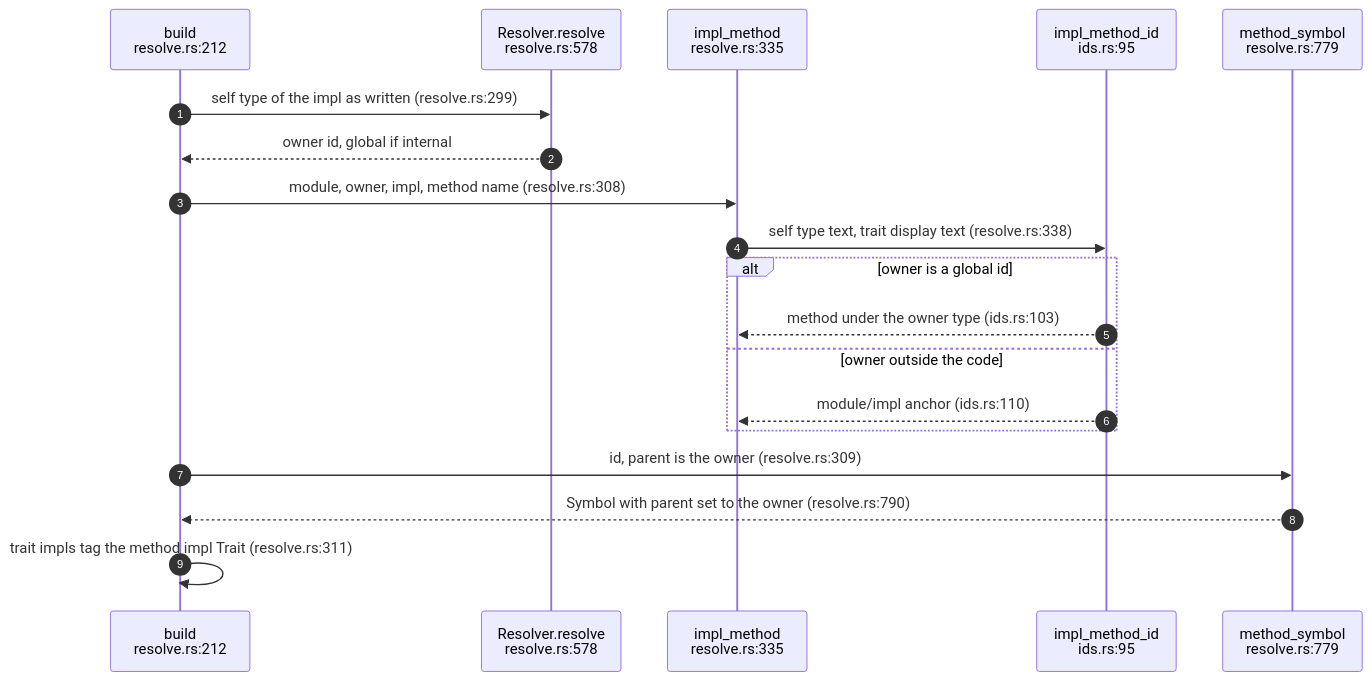
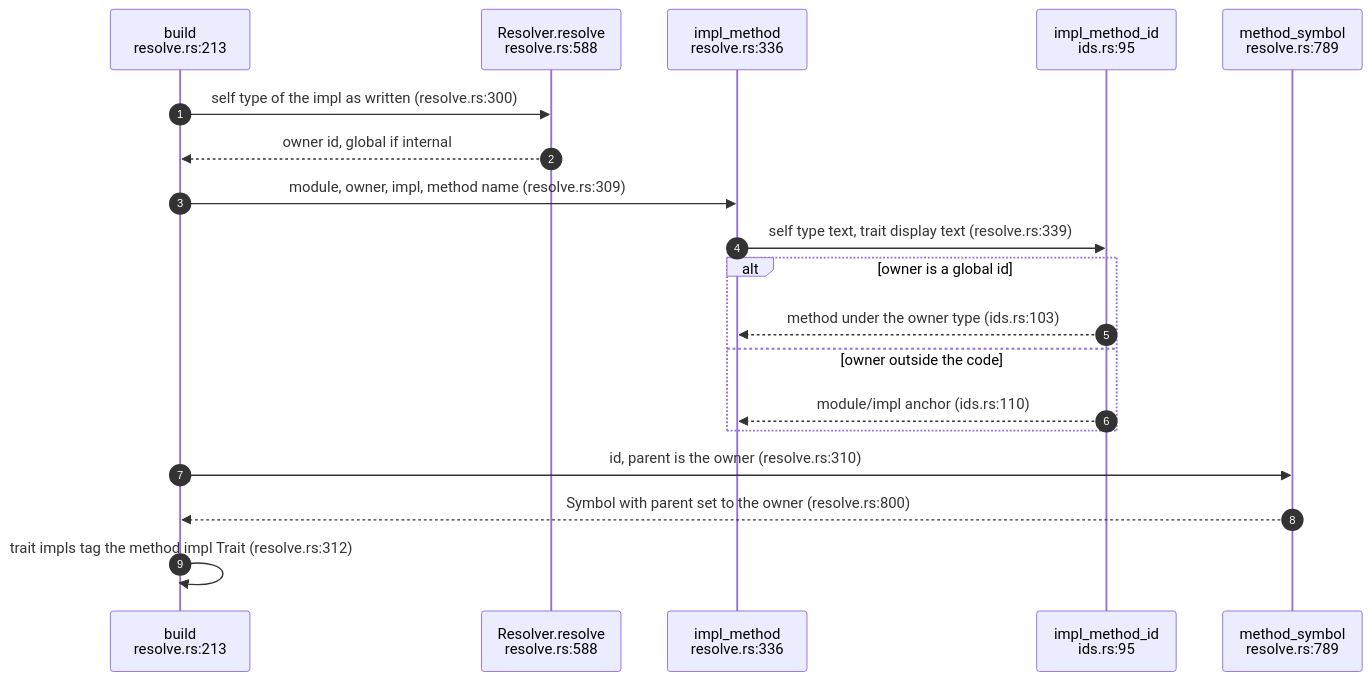
One commit to DreamLab-AI/codemaid changed the third of 5 diagrams in docs/diagrams/extract/02-minting-ids-for-definitions.md. Above: the diagram before and after it, drawn with Mermaid. The commit also changed other lines of this file and 23 other files, not shown here.

````diff
--- a/docs/diagrams/extract/02-minting-ids-for-definitions.md
+++ b/docs/diagrams/extract/02-minting-ids-for-definitions.md
@@ -124,21 +124,21 @@
 ```mermaid
 sequenceDiagram
     autonumber
-    participant BU as build<br/>resolve.rs:212
-    participant RS as Resolver.resolve<br/>resolve.rs:578
-    participant IM as impl_method<br/>resolve.rs:335
+    participant BU as build<br/>resolve.rs:213
+    participant RS as Resolver.resolve<br/>resolve.rs:588
+    participant IM as impl_method<br/>resolve.rs:336
     participant ID as impl_method_id<br/>ids.rs:95
-    participant MS as method_symbol<br/>resolve.rs:779
-    BU->>RS: self type of the impl as written (resolve.rs:299)
+    participant MS as method_symbol<br/>resolve.rs:789
+    BU->>RS: self type of the impl as written (resolve.rs:300)
     RS-->>BU: owner id, global if internal
-    BU->>IM: module, owner, impl, method name (resolve.rs:308)
-    IM->>ID: self type text, trait display text (resolve.rs:338)
+    BU->>IM: module, owner, impl, method name (resolve.rs:309)
+    IM->>ID: self type text, trait display text (resolve.rs:339)
     alt owner is a global id
         ID-->>IM: method under the owner type (ids.rs:103)
     else owner outside the code
         ID-->>IM: module/impl anchor (ids.rs:110)
     end
-    BU->>MS: id, parent is the owner (resolve.rs:309)
-    MS-->>BU: Symbol with parent set to the owner (resolve.rs:790)
-    BU->>BU: trait impls tag the method impl Trait (resolve.rs:311)
+    BU->>MS: id, parent is the owner (resolve.rs:310)
+    MS-->>BU: Symbol with parent set to the owner (resolve.rs:800)
+    BU->>BU: trait impls tag the method impl Trait (resolve.rs:312)
 ```
````
